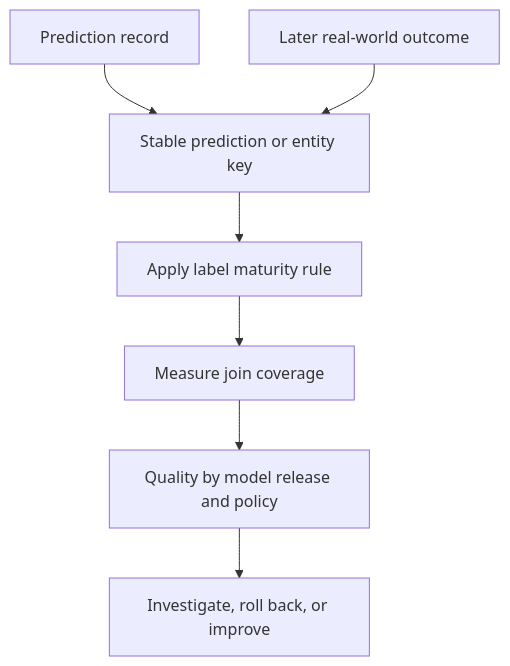
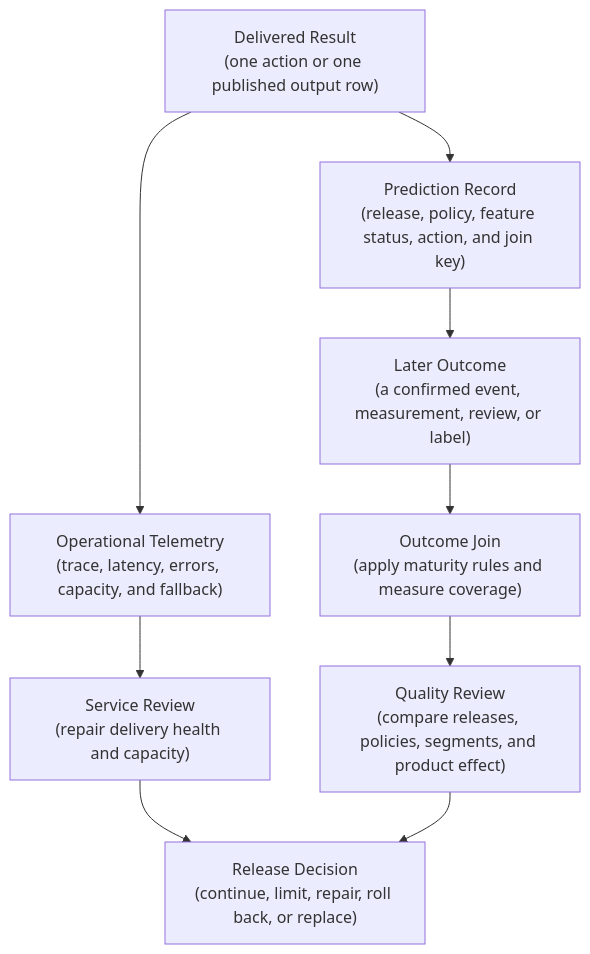
The fourth of 6 diagrams in roadmaps/mlops/modules/mlops-foundations/architecture-basics/03-prediction-delivery-in-an-mlops-architecture.md (senlinyy/dev-roadmaps), drawn with Mermaid before and after one commit. The commit also changed other lines of this file and 152 other files, not shown here.

Commit message:
feat: mlops and diagrams updated

````diff
--- a/roadmaps/mlops/modules/mlops-foundations/architecture-basics/03-prediction-delivery-in-an-mlops-architecture.md
+++ b/roadmaps/mlops/modules/mlops-foundations/architecture-basics/03-prediction-delivery-in-an-mlops-architecture.md
@@ -275,9 +360,11 @@
 ```mermaid
 flowchart TD
-    A["Prediction record"] --> B["Stable prediction or entity key"]
-    C["Later real-world outcome"] --> B
-    B --> D["Apply label maturity rule"]
-    D --> E["Measure join coverage"]
-    E --> F["Quality by model release and policy"]
-    F --> G["Investigate, roll back, or improve"]
+    A["Delivered Result<br/>(one action or one published output row)"] --> B["Prediction Record<br/>(release, policy, feature status, action, and join key)"]
+    A --> C["Operational Telemetry<br/>(trace, latency, errors, capacity, and fallback)"]
+    B --> D["Later Outcome<br/>(a confirmed event, measurement, review, or label)"]
+    D --> E["Outcome Join<br/>(apply maturity rules and measure coverage)"]
+    C --> F["Service Review<br/>(repair delivery health and capacity)"]
+    E --> G["Quality Review<br/>(compare releases, policies, segments, and product effect)"]
+    F --> H["Release Decision<br/>(continue, limit, repair, roll back, or replace)"]
+    G --> H
 ```
````
